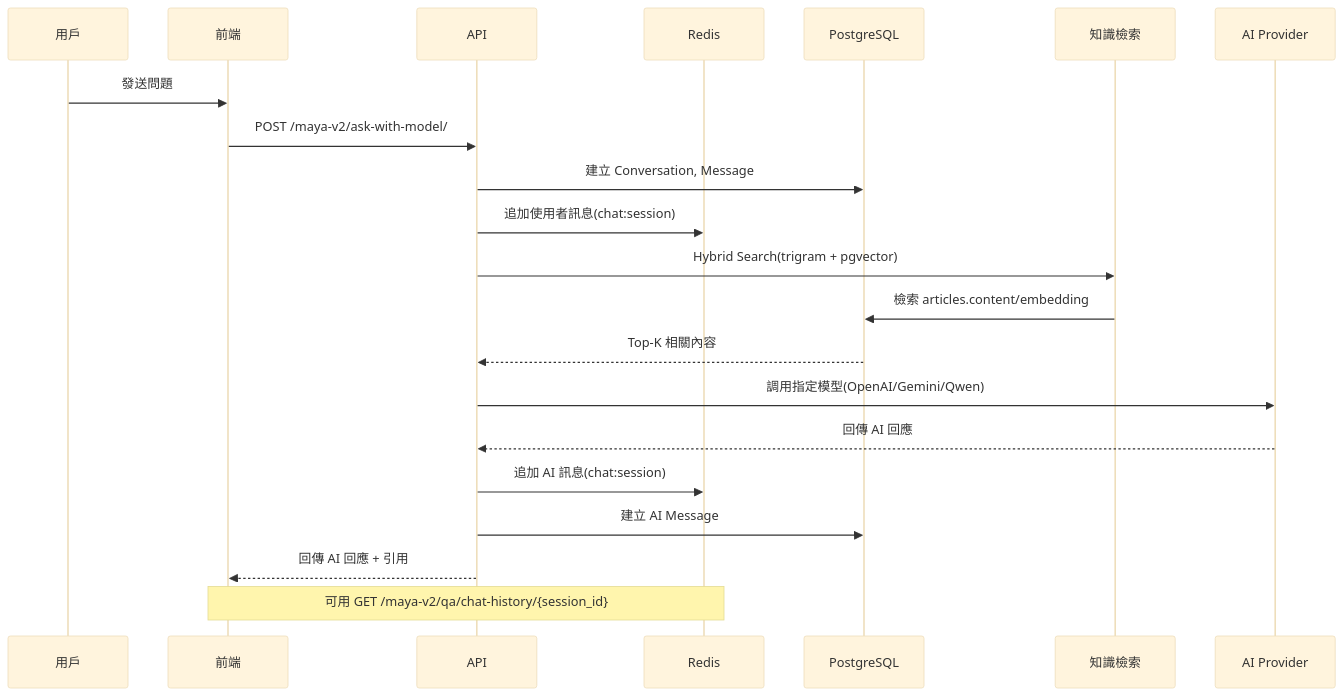
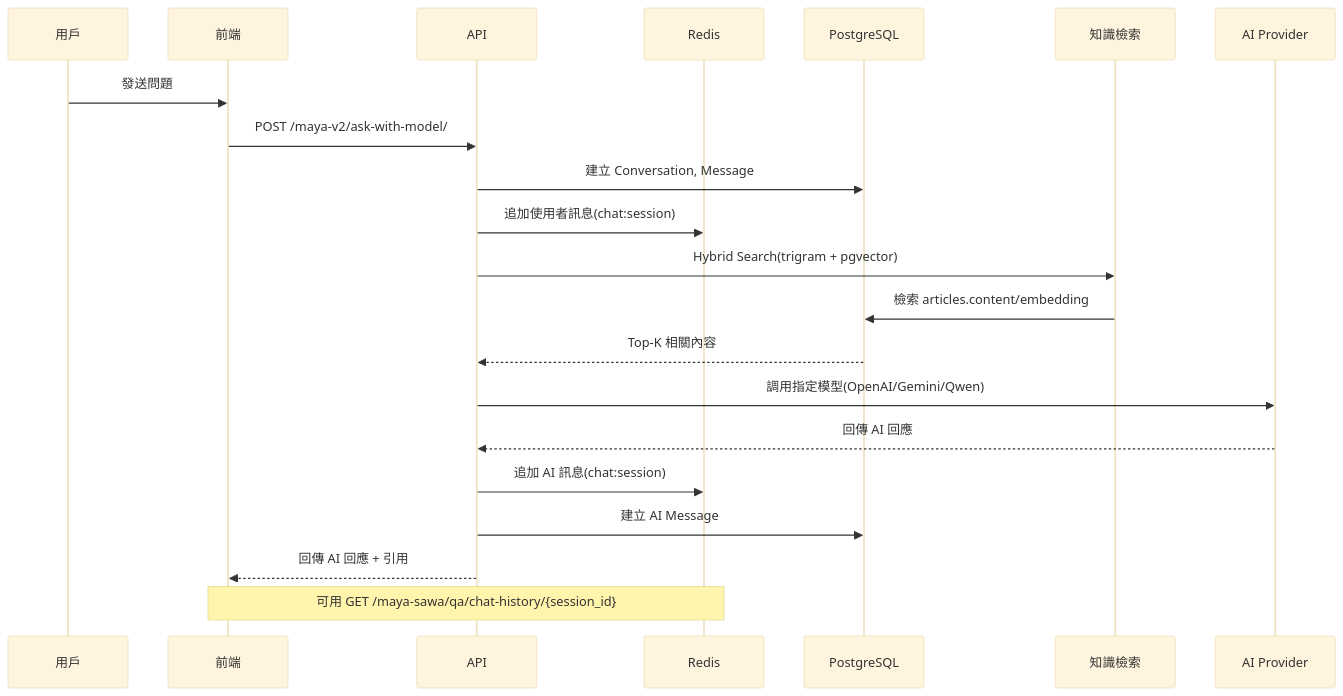
One commit to Vinskao/maya-sawa-v2 changed the second of 3 diagrams in README.md. Above: the diagram before and after it, drawn with Mermaid (base theme). The commit also changed 1 other file, not shown here.

Commit message:
fix: to v1 chat history

````diff
--- a/README.md
+++ b/README.md
@@ -71,25 +71,25 @@
 ```mermaid
 sequenceDiagram
     participant U as 用戶
     participant F as 前端
     participant A as API
     participant R as Redis
     participant DB as PostgreSQL
     participant KM as 知識檢索
     participant AI as AI Provider
 
     U->>F: 發送問題
     F->>A: POST /maya-v2/ask-with-model/
     A->>DB: 建立 Conversation, Message
     A->>R: 追加使用者訊息(chat:session)
     A->>KM: Hybrid Search(trigram + pgvector)
     KM->>DB: 檢索 articles.content/embedding
     DB-->>A: Top-K 相關內容
     A->>AI: 調用指定模型(OpenAI/Gemini/Qwen)
     AI-->>A: 回傳 AI 回應
     A->>R: 追加 AI 訊息(chat:session)
     A->>DB: 建立 AI Message
     A-->>F: 回傳 AI 回應 + 引用
 
-    Note over F,R: 可用 GET /maya-v2/qa/chat-history/{session_id}
+    Note over F,R: 可用 GET /maya-sawa/qa/chat-history/{session_id}
 ```
````
